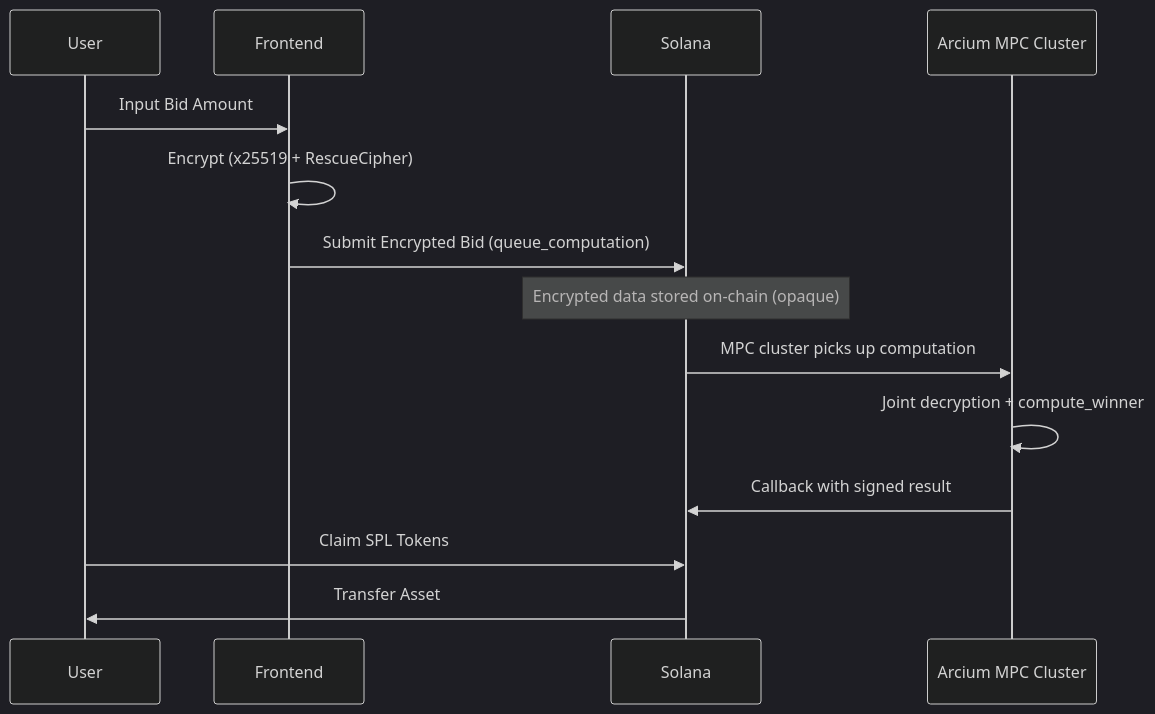
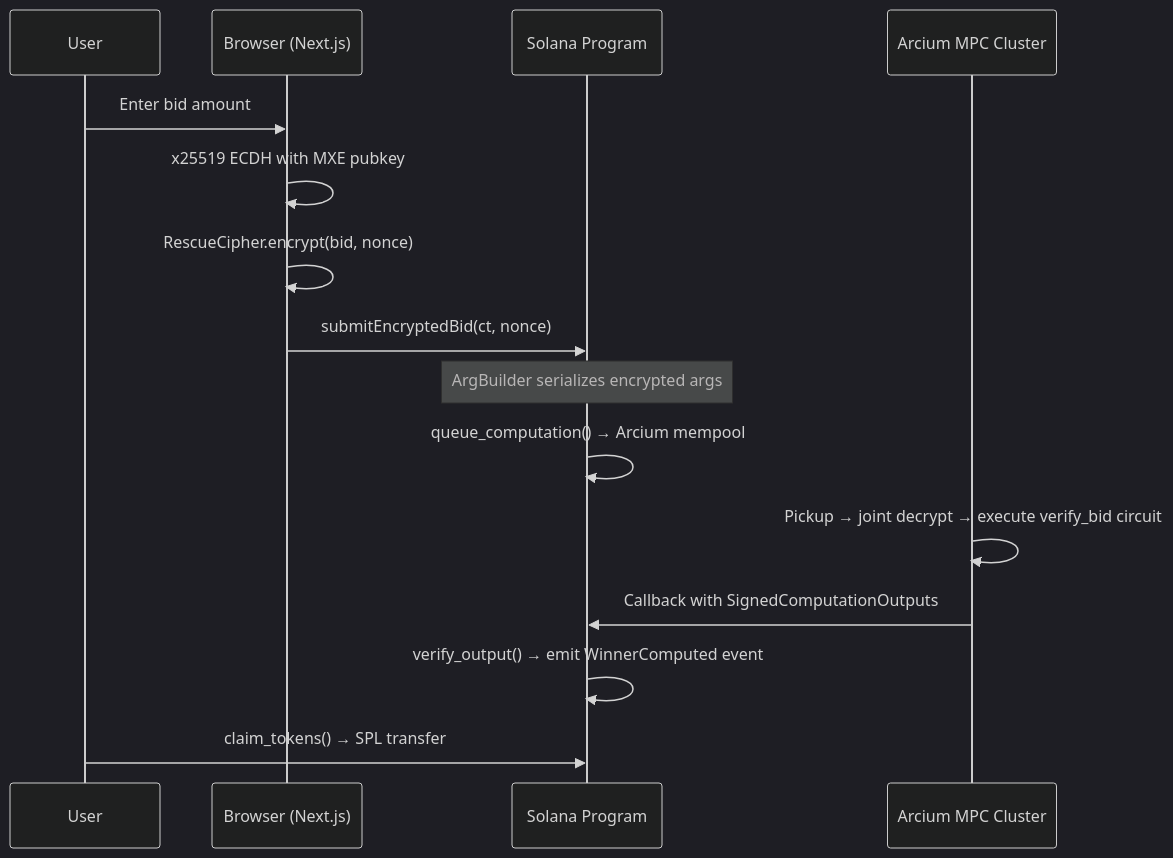
One commit to michealimuse777/Obsidian changed the diagram in README.md. Above: the diagram before and after it, drawn with Mermaid (dark theme). The commit also changed other lines of this file, not shown here.

````diff
--- a/README.md
+++ b/README.md
@@ -19,20 +39,21 @@
 ```mermaid
 sequenceDiagram
     participant User
-    participant Frontend
-    participant Solana
-    participant Arcium as Arcium MPC Cluster
+    participant Browser as Browser (Next.js)
+    participant Solana as Solana Program
+    participant MPC as Arcium MPC Cluster
 
-    User->>Frontend: Input Bid Amount
-    Frontend->>Frontend: Encrypt (x25519 + RescueCipher)
-    Frontend->>Solana: Submit Encrypted Bid (queue_computation)
+    User->>Browser: Enter bid amount
+    Browser->>Browser: x25519 ECDH with MXE pubkey
+    Browser->>Browser: RescueCipher.encrypt(bid, nonce)
+    Browser->>Solana: submitEncryptedBid(ct, nonce)
 
-    Note over Solana: Encrypted data stored on-chain (opaque)
+    Note over Solana: ArgBuilder serializes encrypted args
+    Solana->>Solana: queue_computation() → Arcium mempool
 
-    Solana->>Arcium: MPC cluster picks up computation
-    Arcium->>Arcium: Joint decryption + compute_winner
-    Arcium->>Solana: Callback with signed result
+    MPC->>MPC: Pickup → joint decrypt → execute verify_bid circuit
+    MPC->>Solana: Callback with SignedComputationOutputs
 
-    User->>Solana: Claim SPL Tokens
-    Solana->>User: Transfer Asset
+    Solana->>Solana: verify_output() → emit WinnerComputed event
+    User->>Solana: claim_tokens() → SPL transfer
 ```
````
